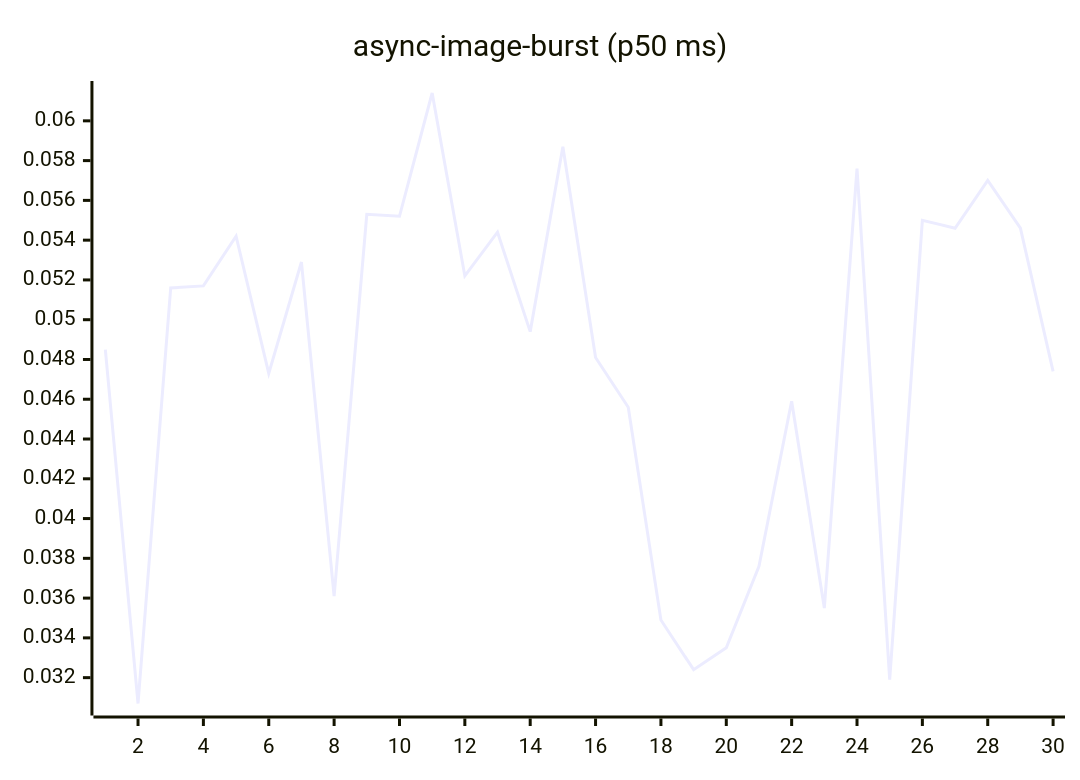
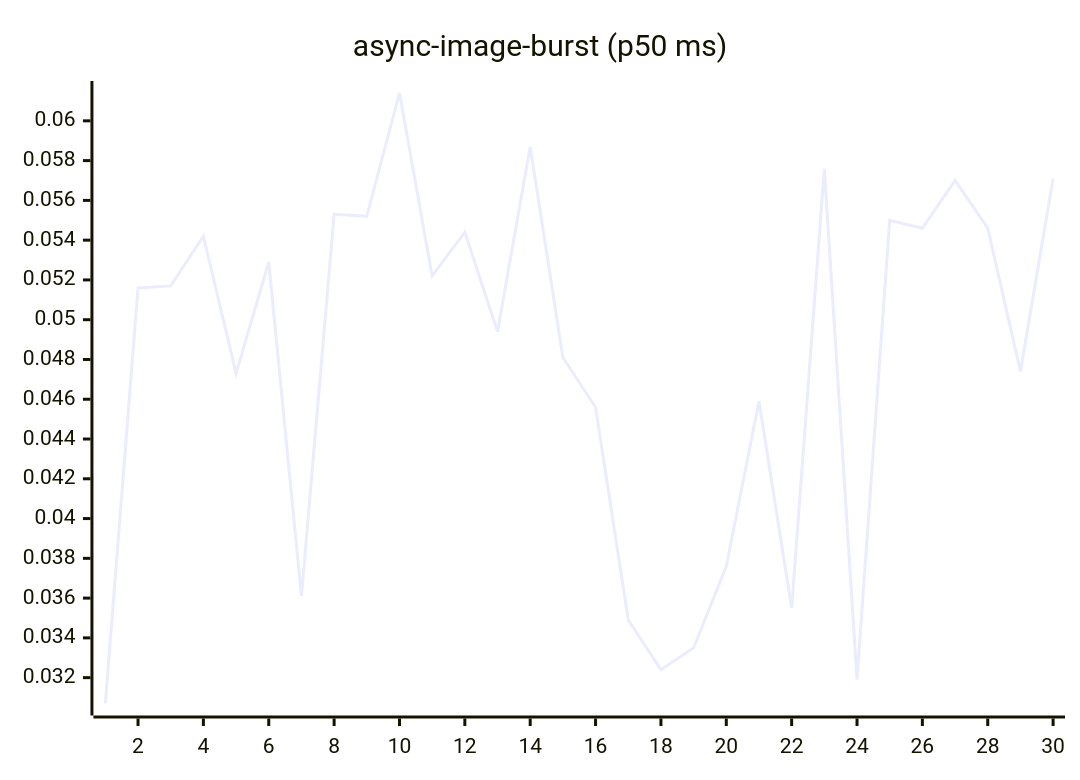
The fourth of 27 diagrams in README.md (josha/Facet), drawn with Mermaid before and after one commit. The commit also changed other lines of this file and 2 other files, not shown here.

````diff
--- a/README.md
+++ b/README.md
@@ -84,6 +84,6 @@
 ```mermaid
 xychart-beta
     title "async-image-burst (p50 ms)"
     x-axis 1 --> 30
-    line [0.0485, 0.0307, 0.0516, 0.0517, 0.0542, 0.0473, 0.0529, 0.0361, 0.0553, 0.0552, 0.0614, 0.0522, 0.0544, 0.0494, 0.0587, 0.0481, 0.0456, 0.0349, 0.0324, 0.0335, 0.0376, 0.0459, 0.0355, 0.0576, 0.0319, 0.0550, 0.0546, 0.0570, 0.0546, 0.0474]
+    line [0.0307, 0.0516, 0.0517, 0.0542, 0.0473, 0.0529, 0.0361, 0.0553, 0.0552, 0.0614, 0.0522, 0.0544, 0.0494, 0.0587, 0.0481, 0.0456, 0.0349, 0.0324, 0.0335, 0.0376, 0.0459, 0.0355, 0.0576, 0.0319, 0.0550, 0.0546, 0.0570, 0.0546, 0.0474, 0.0571]
 ```
````
